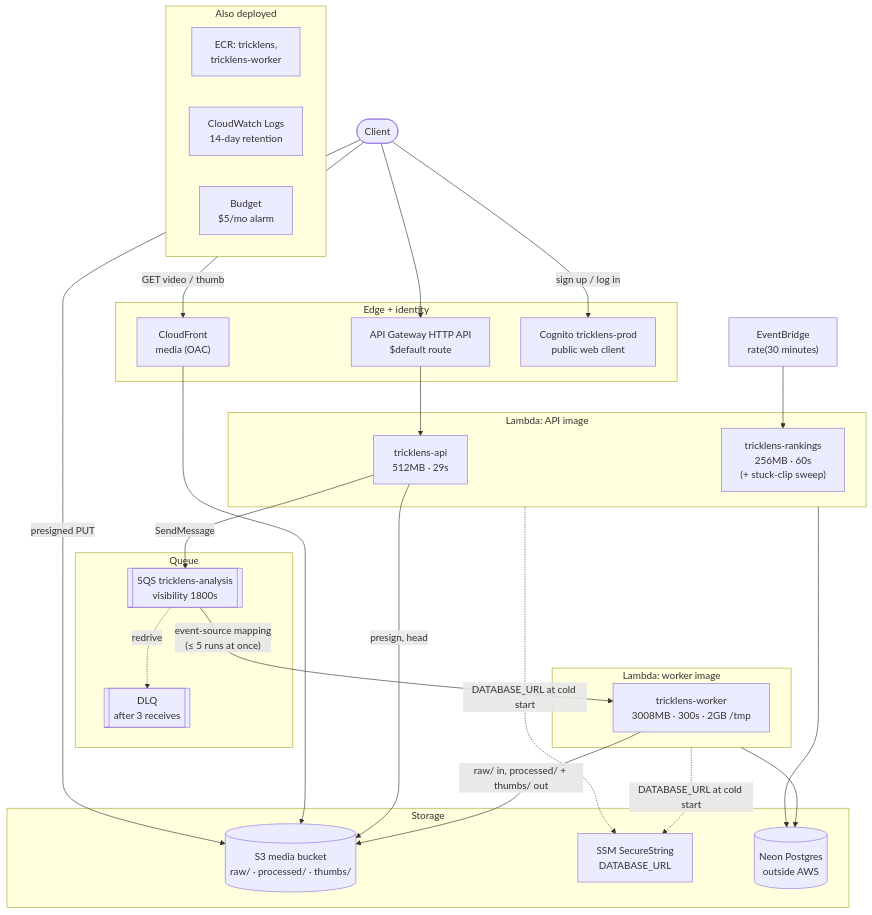
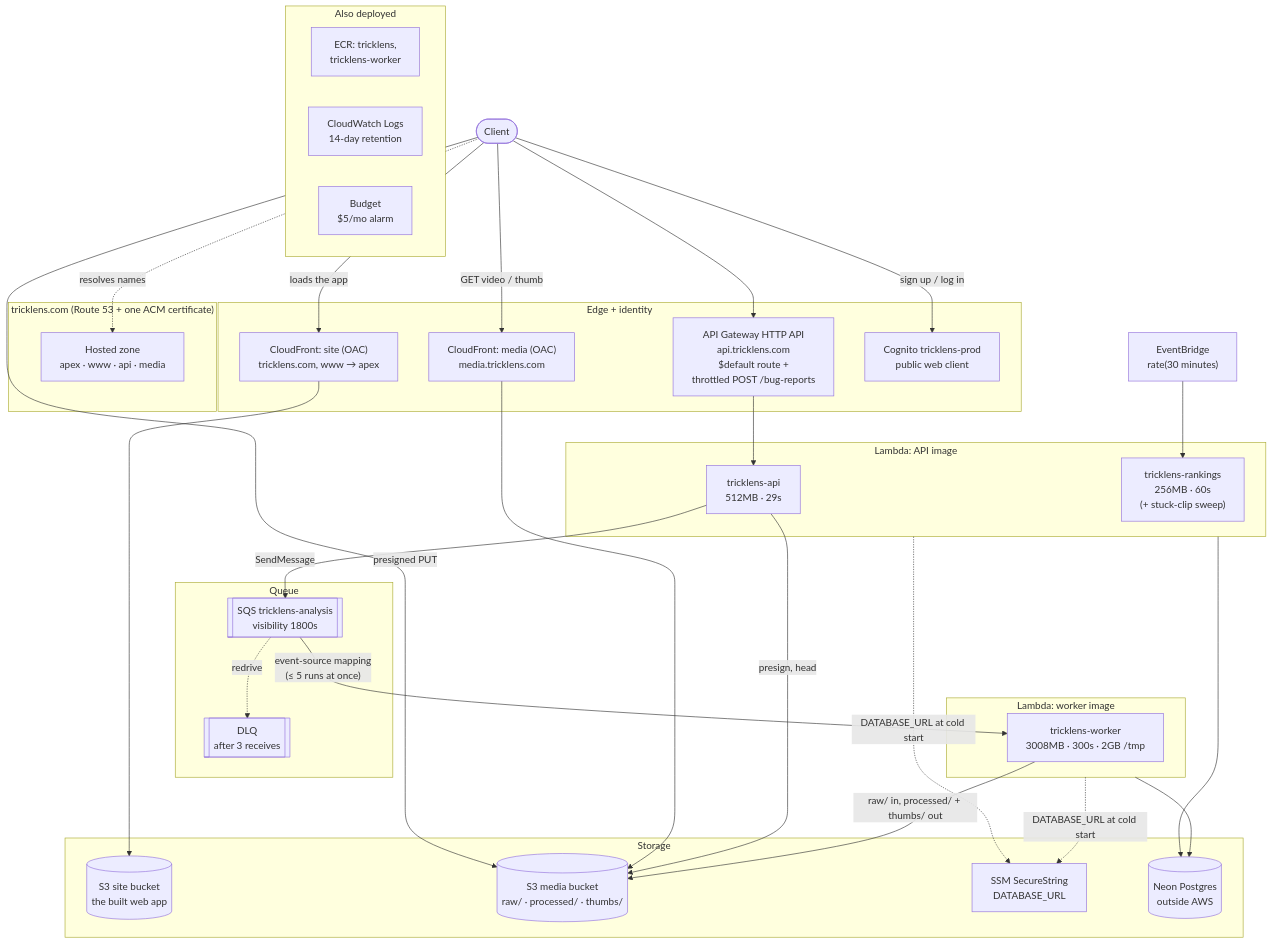
The first of 2 diagrams in docs/components/infrastructure.md (NickPalceski/TrickLens), drawn with Mermaid before and after one commit. The commit also changed other lines of this file and 58 other files, not shown here.

````diff
--- a/docs/components/infrastructure.md
+++ b/docs/components/infrastructure.md
@@ -12,51 +12,59 @@
 ```mermaid
 flowchart TB
     client(["Client"])
 
+    subgraph dns ["tricklens.com (Route 53 + one ACM certificate)"]
+        r53["Hosted zone<br/>apex · www · api · media"]
+    end
+
     subgraph edge ["Edge + identity"]
-        apigw["API Gateway HTTP API<br/>$default route"]
-        cf["CloudFront<br/>media (OAC)"]
+        apigw["API Gateway HTTP API<br/>api.tricklens.com<br/>$default route +<br/>throttled POST /bug-reports"]
+        cfsite["CloudFront: site (OAC)<br/>tricklens.com, www → apex"]
+        cf["CloudFront: media (OAC)<br/>media.tricklens.com"]
         cognito["Cognito tricklens-prod<br/>public web client"]
     end
 
     subgraph web ["Lambda: API image"]
         api["tricklens-api<br/>512MB · 29s"]
         rank["tricklens-rankings<br/>256MB · 60s<br/>(+ stuck-clip sweep)"]
     end
 
     eb["EventBridge<br/>rate(30 minutes)"]
 
     subgraph queue ["Queue"]
         sqs[["SQS tricklens-analysis<br/>visibility 1800s"]]
         dlq[["DLQ<br/>after 3 receives"]]
     end
 
     subgraph wk ["Lambda: worker image"]
         worker["tricklens-worker<br/>3008MB · 300s · 2GB /tmp"]
     end
 
     subgraph data ["Storage"]
+        site[("S3 site bucket<br/>the built web app")]
         s3[("S3 media bucket<br/>raw/ · processed/ · thumbs/")]
         ssm["SSM SecureString<br/>DATABASE_URL"]
         neon[("Neon Postgres<br/>outside AWS")]
     end
 
     subgraph ops ["Also deployed"]
         ecr["ECR: tricklens,<br/>tricklens-worker"]
         logs["CloudWatch Logs<br/>14-day retention"]
         budget["Budget<br/>$5/mo alarm"]
     end
 
+    client -. "resolves names" .-> r53
+    client -- "loads the app" --> cfsite --> site
     client --> apigw --> api
     client -- "sign up / log in" --> cognito
     client -- "presigned PUT" --> s3
     client -- "GET video / thumb" --> cf --> s3
     api -- "presign, head" --> s3
     api -- SendMessage --> sqs
     sqs -- "event-source mapping<br/>(≤ 5 runs at once)" --> worker
     sqs -. redrive .-> dlq
     worker -- "raw/ in, processed/ + thumbs/ out" --> s3
     eb --> rank
     web & wk --> neon
     web & wk -. "DATABASE_URL at cold start" .-> ssm
 ```
````
